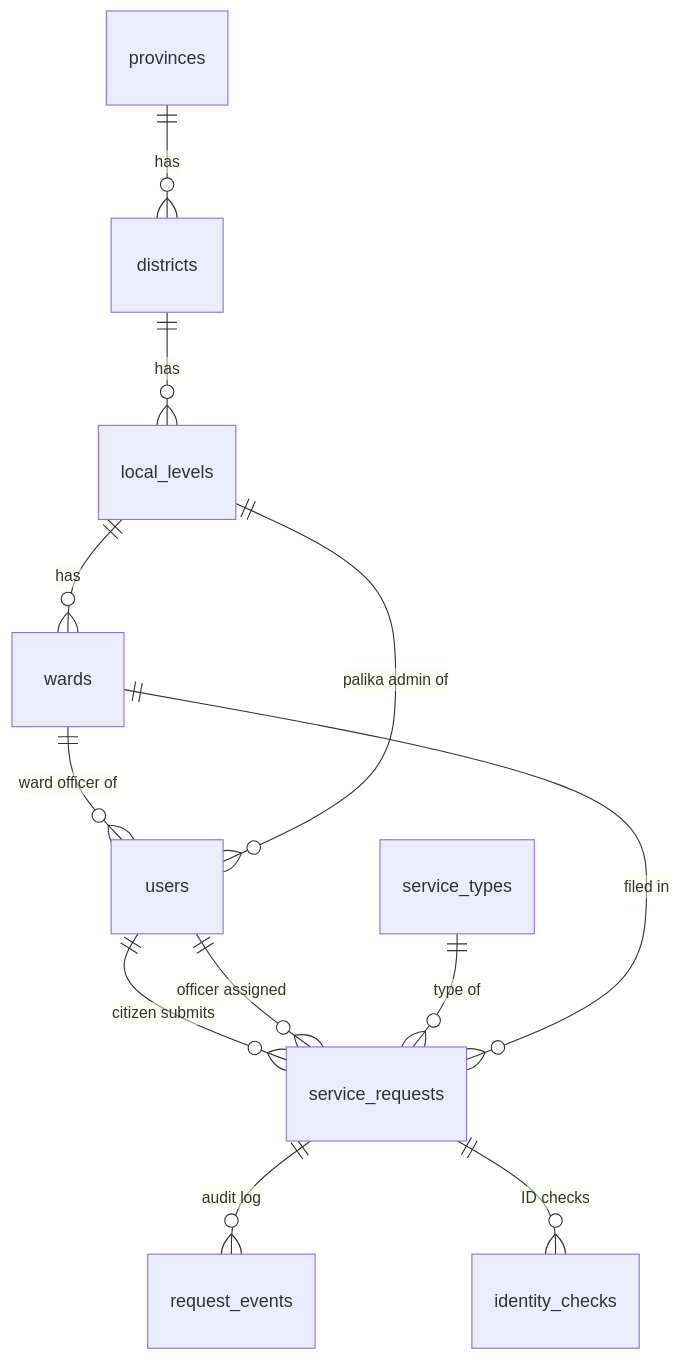
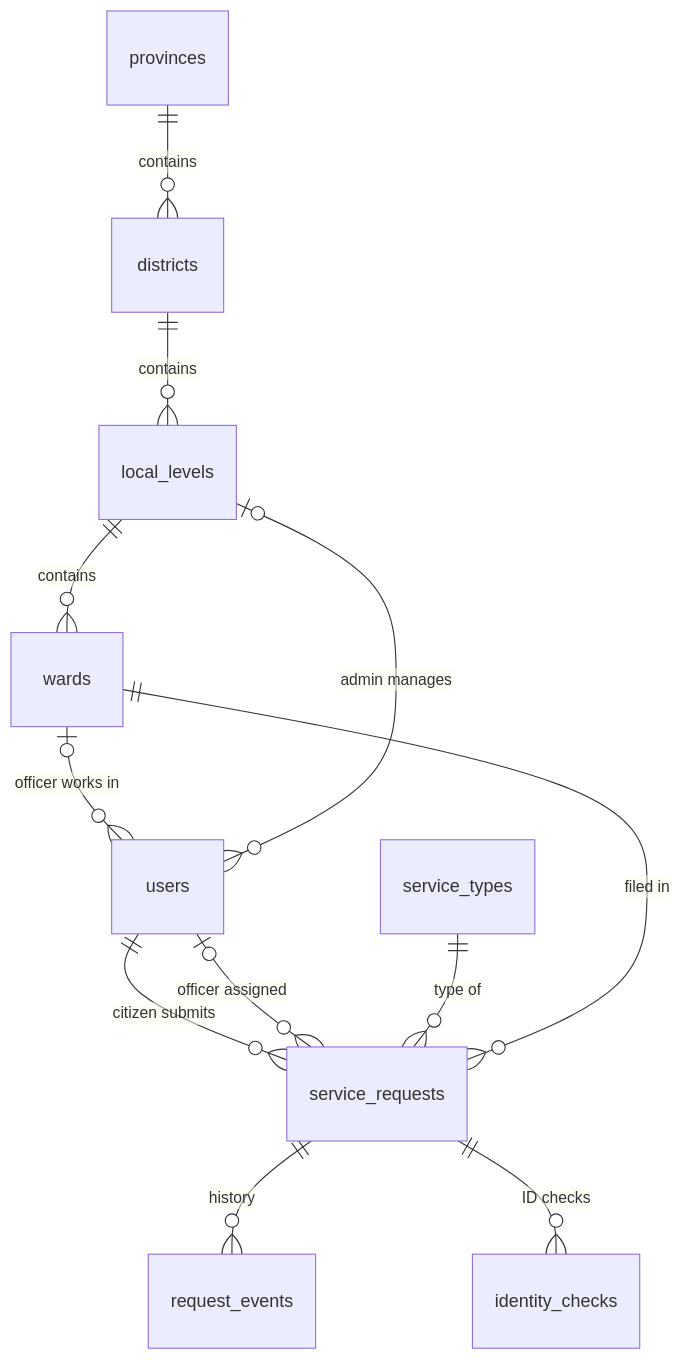
One commit to darshanbajgain/sewa-track changed the first of 2 diagrams in docs/database.md. Above: the diagram before and after it, drawn with Mermaid. The commit also changed other lines of this file, not shown here.

Commit message:
docs(db): add full ERD with data types, cardinality and table reference

````diff
--- a/docs/database.md
+++ b/docs/database.md
@@ -16,14 +52,14 @@
 ```mermaid
 erDiagram
-  provinces ||--o{ districts : has
-  districts ||--o{ local_levels : has
-  local_levels ||--o{ wards : has
-  wards ||--o{ users : "ward officer of"
-  local_levels ||--o{ users : "palika admin of"
+  provinces ||--o{ districts : contains
+  districts ||--o{ local_levels : contains
+  local_levels ||--o{ wards : contains
+  wards |o--o{ users : "officer works in"
+  local_levels |o--o{ users : "admin manages"
   users ||--o{ service_requests : "citizen submits"
-  users ||--o{ service_requests : "officer assigned"
+  users |o--o{ service_requests : "officer assigned"
   service_types ||--o{ service_requests : "type of"
   wards ||--o{ service_requests : "filed in"
-  service_requests ||--o{ request_events : "audit log"
+  service_requests ||--o{ request_events : "history"
   service_requests ||--o{ identity_checks : "ID checks"
 ```
````
